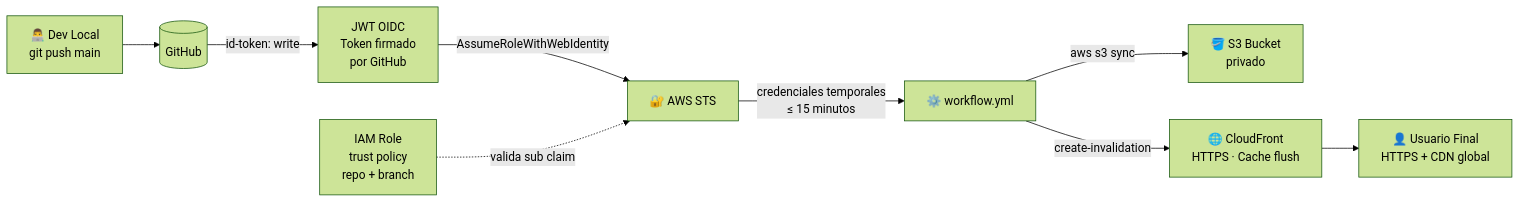
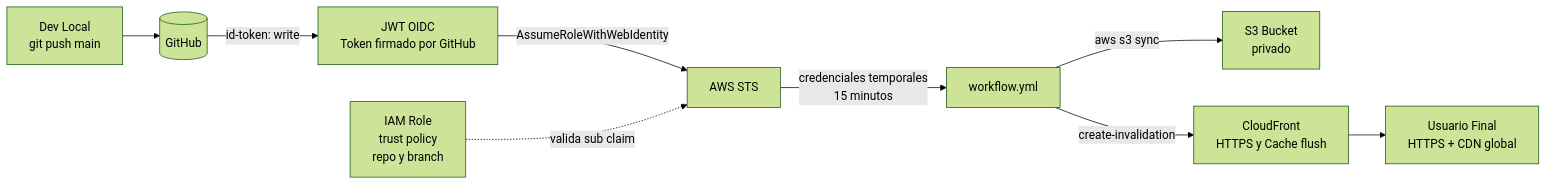
Before and after one commit to vladimiracunadev-create/proyectos-aws: the diagram in caso-03-cloudfront-oidc/README.md, drawn with Mermaid (forest theme). The commit also changed 13 other files, not shown here.

First line of the commit message:
fix: corregir diagramas Mermaid + crear AWS_PASO_A_PASO para casos 01 y 02

````diff
--- a/caso-03-cloudfront-oidc/README.md
+++ b/caso-03-cloudfront-oidc/README.md
@@ -37,14 +37,14 @@
 ```mermaid
 flowchart LR
-    DEV[👨‍💻 Dev Local\ngit push main] --> GH[(GitHub)]
+    DEV[Dev Local\ngit push main] --> GH[(GitHub)]
 
-    GH -->|id-token: write| JWT[JWT OIDC\nToken firmado\npor GitHub]
-    JWT -->|AssumeRoleWithWebIdentity| STS[🔐 AWS STS]
+    GH -->|id-token: write| JWT[JWT OIDC\nToken firmado por GitHub]
+    JWT -->|AssumeRoleWithWebIdentity| STS[AWS STS]
 
-    IAM[IAM Role\ntrust policy\nrepo + branch] -.->|valida sub claim| STS
-    STS -->|credenciales temporales\n≤ 15 minutos| WF[⚙️ workflow.yml]
+    IAM[IAM Role\ntrust policy\nrepo y branch] -.->|valida sub claim| STS
+    STS -->|credenciales temporales\n15 minutos| WF[workflow.yml]
 
-    WF -->|aws s3 sync| S3[🪣 S3 Bucket\nprivado]
-    WF -->|create-invalidation| CDN[🌐 CloudFront\nHTTPS · Cache flush]
-    CDN --> USER[👤 Usuario Final\nHTTPS + CDN global]
+    WF -->|aws s3 sync| S3[S3 Bucket\nprivado]
+    WF -->|create-invalidation| CDN[CloudFront\nHTTPS y Cache flush]
+    CDN --> USER[Usuario Final\nHTTPS + CDN global]
 ```
````
